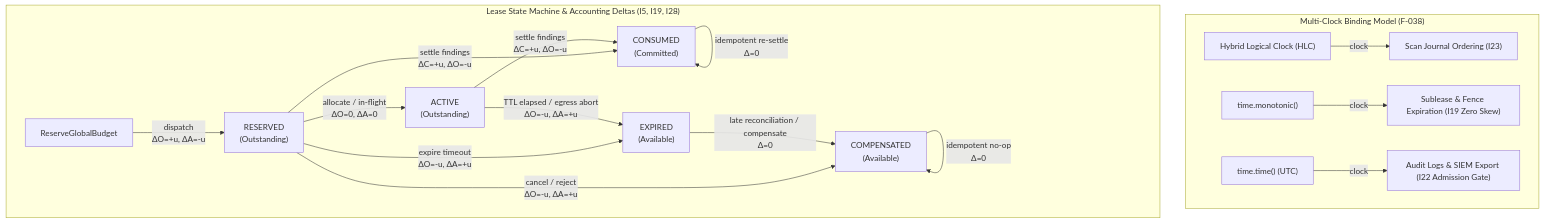
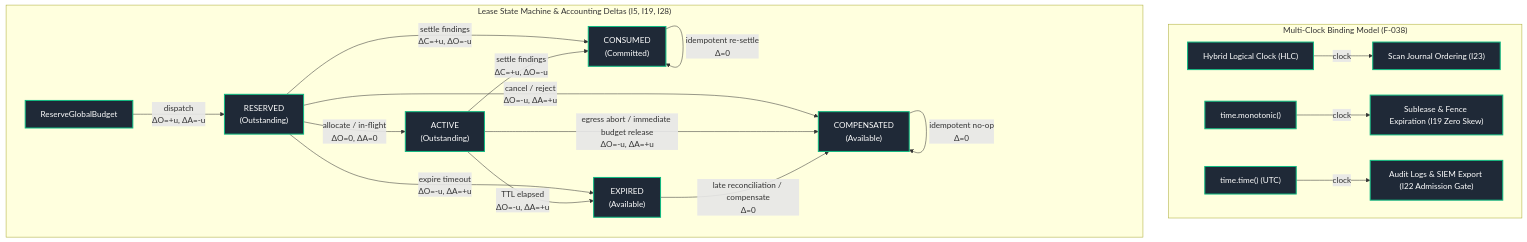
Before and after one commit to AviralGup7/Singularity-Zero: the seventh of 16 diagrams in docs/flowchart.md, drawn with Mermaid. The commit also changed other lines of this file, not shown here.

Commit message:
fix(flowchart): resolve multi-block classDefs, port bridging, and state-machine nuances

````diff
--- a/docs/flowchart.md
+++ b/docs/flowchart.md
@@ -468,23 +469,31 @@
 ```mermaid
 flowchart TD
+    classDef impl fill:#1f2937,stroke:#10b981,stroke-width:2px,color:#fff;
+    classDef singleNode fill:#1e293b,stroke:#0ea5e9,stroke-width:1px,stroke-dasharray:3 3,color:#fff;
+    classDef library fill:#334155,stroke:#64748b,stroke-width:1px,color:#fff;
+    classDef specOnly fill:#1e1b4b,stroke:#818cf8,stroke-width:1px,stroke-dasharray:4 4,color:#fff;
+    classDef vacuous fill:#27272a,stroke:#71717a,stroke-width:1px,color:#a1a1aa;
+    classDef forbidden fill:#450a0a,stroke:#ef4444,stroke-width:2px,color:#fca5a5;
+
     subgraph ClockModel["Multi-Clock Binding Model (F-038)"]
         HLC["Hybrid Logical Clock (HLC)"]:::impl -->|"clock"| EventOrder["Scan Journal Ordering (I23)"]:::impl
         Mono["time.monotonic()"]:::impl -->|"clock"| LeaseTTL["Sublease & Fence Expiration (I19 Zero Skew)"]:::impl
         Wall["time.time() (UTC)"]:::impl -->|"clock"| AuditTime["Audit Logs & SIEM Export (I22 Admission Gate)"]:::impl
     end
 
     subgraph LeaseFSM["Lease State Machine & Accounting Deltas (I5, I19, I28)"]
         Reserve["ReserveGlobalBudget"]:::impl -->|"dispatch<br/>ΔO=+u, ΔA=-u"| RESERVED["RESERVED<br/>(Outstanding)"]:::impl
         RESERVED -->|"allocate / in-flight<br/>ΔO=0, ΔA=0"| ACTIVE["ACTIVE<br/>(Outstanding)"]:::impl
         RESERVED -->|"settle findings<br/>ΔC=+u, ΔO=-u"| CONSUMED["CONSUMED<br/>(Committed)"]:::impl
         ACTIVE -->|"settle findings<br/>ΔC=+u, ΔO=-u"| CONSUMED
         
         RESERVED -->|"cancel / reject<br/>ΔO=-u, ΔA=+u"| COMPENSATED["COMPENSATED<br/>(Available)"]:::impl
+        ACTIVE -->|"egress abort / immediate budget release<br/>ΔO=-u, ΔA=+u"| COMPENSATED
         RESERVED -->|"expire timeout<br/>ΔO=-u, ΔA=+u"| EXPIRED["EXPIRED<br/>(Available)"]:::impl
-        ACTIVE -->|"TTL elapsed / egress abort<br/>ΔO=-u, ΔA=+u"| EXPIRED
+        ACTIVE -->|"TTL elapsed<br/>ΔO=-u, ΔA=+u"| EXPIRED
         
         EXPIRED -->|"late reconciliation / compensate<br/>Δ=0"| COMPENSATED
         CONSUMED -->|"idempotent re-settle<br/>Δ=0"| CONSUMED
         COMPENSATED -->|"idempotent no-op<br/>Δ=0"| COMPENSATED
     end
 ```
````
